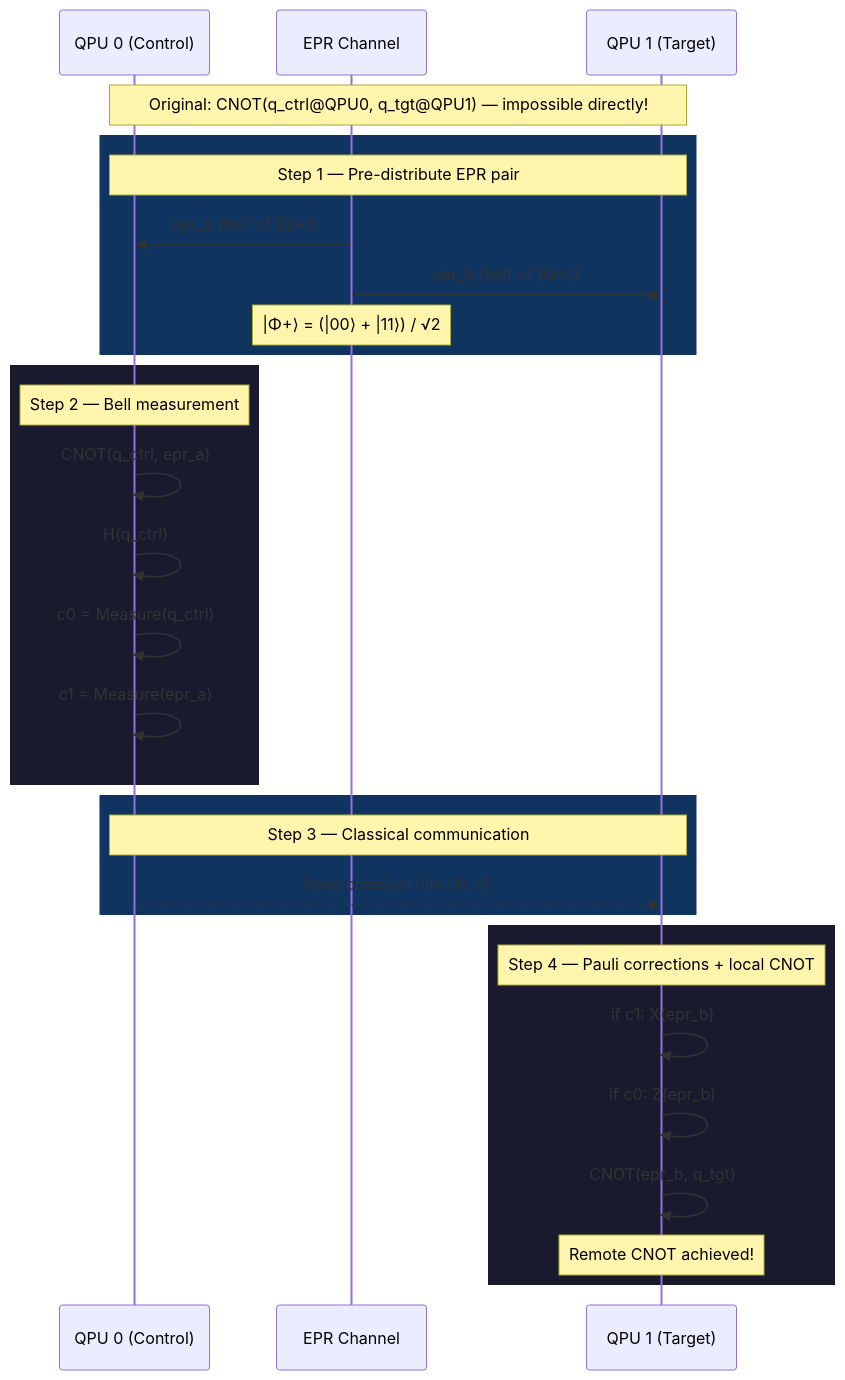
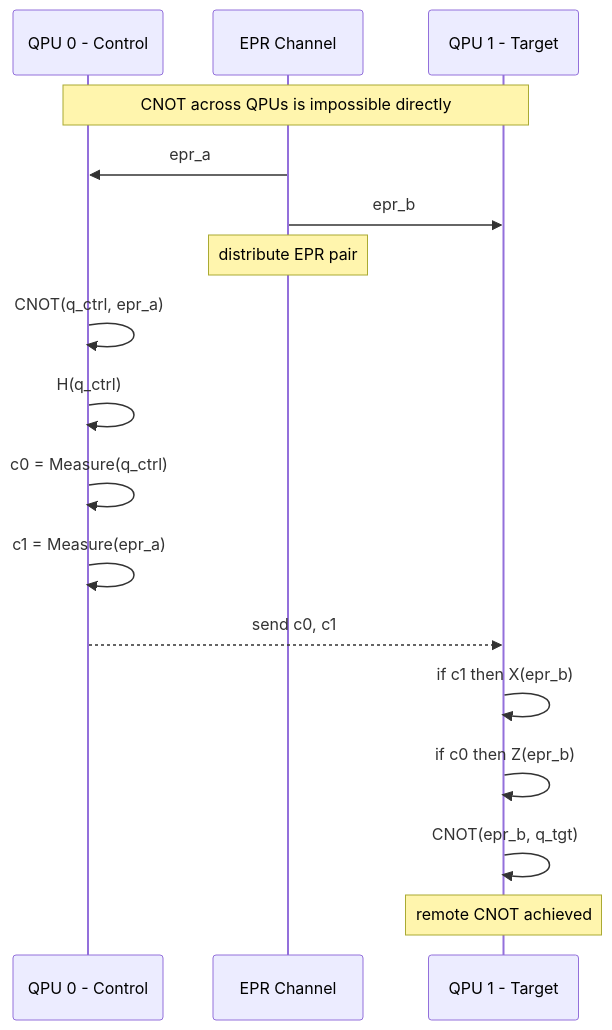
One commit to Quantum-Blade1/dqc1 changed the fourth of 9 diagrams in README.md. Above: the diagram before and after it, drawn with Mermaid. The commit also changed other lines of this file, not shown here.

Commit message:
fix Mermaid diagrams: remove backticks from node labels, compact layout

````diff
--- a/README.md
+++ b/README.md
@@ -128,36 +72,24 @@
 ```mermaid
 sequenceDiagram
-    participant QPU0 as QPU 0 (Control)
-    participant EPR as EPR Channel
-    participant QPU1 as QPU 1 (Target)
+    participant Q0 as QPU 0 - Control
+    participant CH as EPR Channel
+    participant Q1 as QPU 1 - Target
 
-    Note over QPU0,QPU1: Original: CNOT(q_ctrl@QPU0, q_tgt@QPU1) — impossible directly!
+    Note over Q0,Q1: CNOT across QPUs is impossible directly
 
-    rect rgb(15, 52, 96)
-        Note over QPU0,QPU1: Step 1 — Pre-distribute EPR pair
-        EPR->>QPU0: epr_a (half of |Φ+⟩)
-        EPR->>QPU1: epr_b (half of |Φ+⟩)
-        Note over EPR: |Φ+⟩ = (|00⟩ + |11⟩) / √2
-    end
+    CH->>Q0: epr_a
+    CH->>Q1: epr_b
+    Note over CH: distribute EPR pair
 
-    rect rgb(26, 26, 46)
-        Note over QPU0: Step 2 — Bell measurement
-        QPU0->>QPU0: CNOT(q_ctrl, epr_a)
-        QPU0->>QPU0: H(q_ctrl)
-        QPU0->>QPU0: c0 = Measure(q_ctrl)
-        QPU0->>QPU0: c1 = Measure(epr_a)
-    end
+    Q0->>Q0: CNOT(q_ctrl, epr_a)
+    Q0->>Q0: H(q_ctrl)
+    Q0->>Q0: c0 = Measure(q_ctrl)
+    Q0->>Q0: c1 = Measure(epr_a)
 
-    rect rgb(15, 52, 96)
-        Note over QPU0,QPU1: Step 3 — Classical communication
-        QPU0-->>QPU1: Send classical bits c0, c1
-    end
+    Q0-->>Q1: send c0, c1
 
-    rect rgb(26, 26, 46)
-        Note over QPU1: Step 4 — Pauli corrections + local CNOT
-        QPU1->>QPU1: if c1: X(epr_b)
-        QPU1->>QPU1: if c0: Z(epr_b)
-        QPU1->>QPU1: CNOT(epr_b, q_tgt)
-        Note over QPU1: Remote CNOT achieved!
-    end
+    Q1->>Q1: if c1 then X(epr_b)
+    Q1->>Q1: if c0 then Z(epr_b)
+    Q1->>Q1: CNOT(epr_b, q_tgt)
+    Note over Q1: remote CNOT achieved
 ```
````
